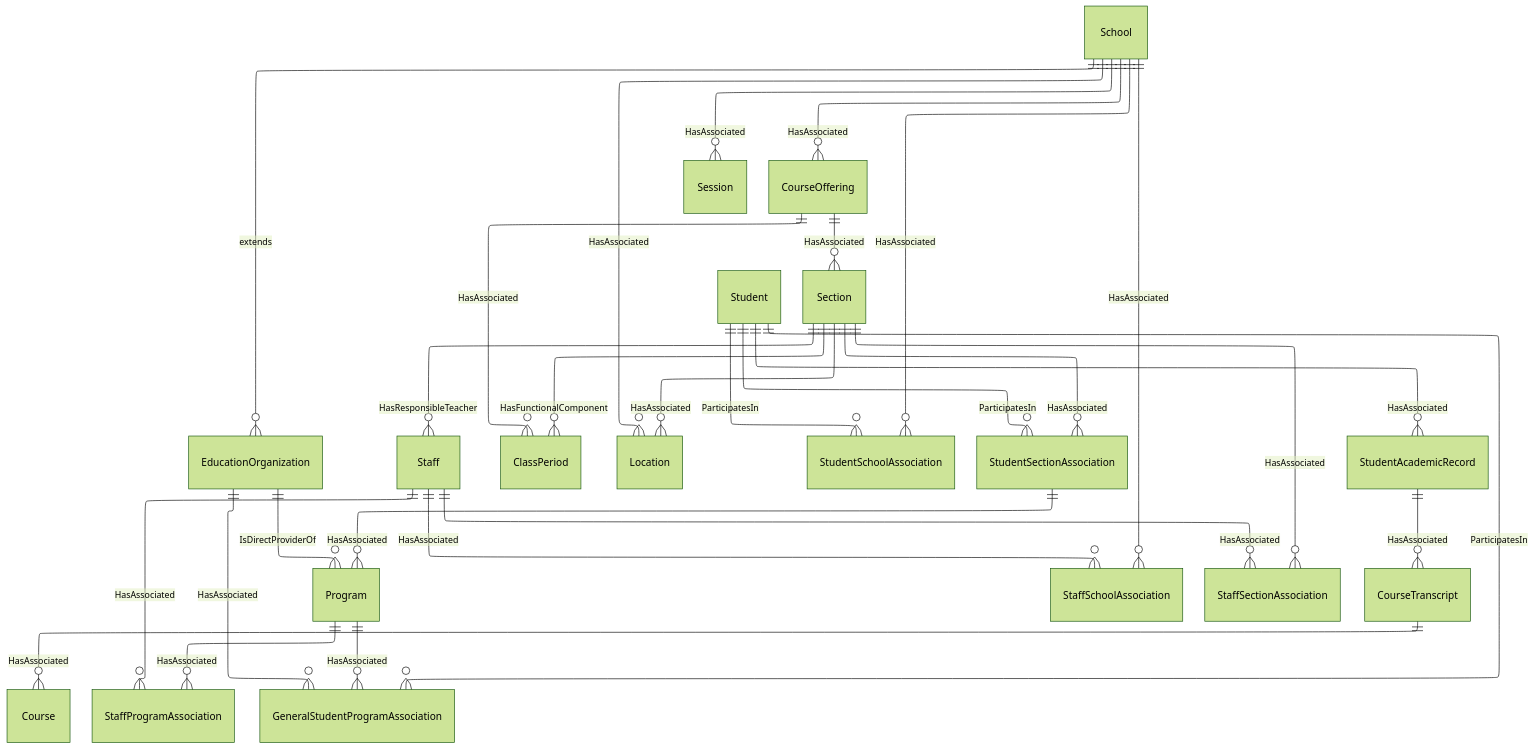
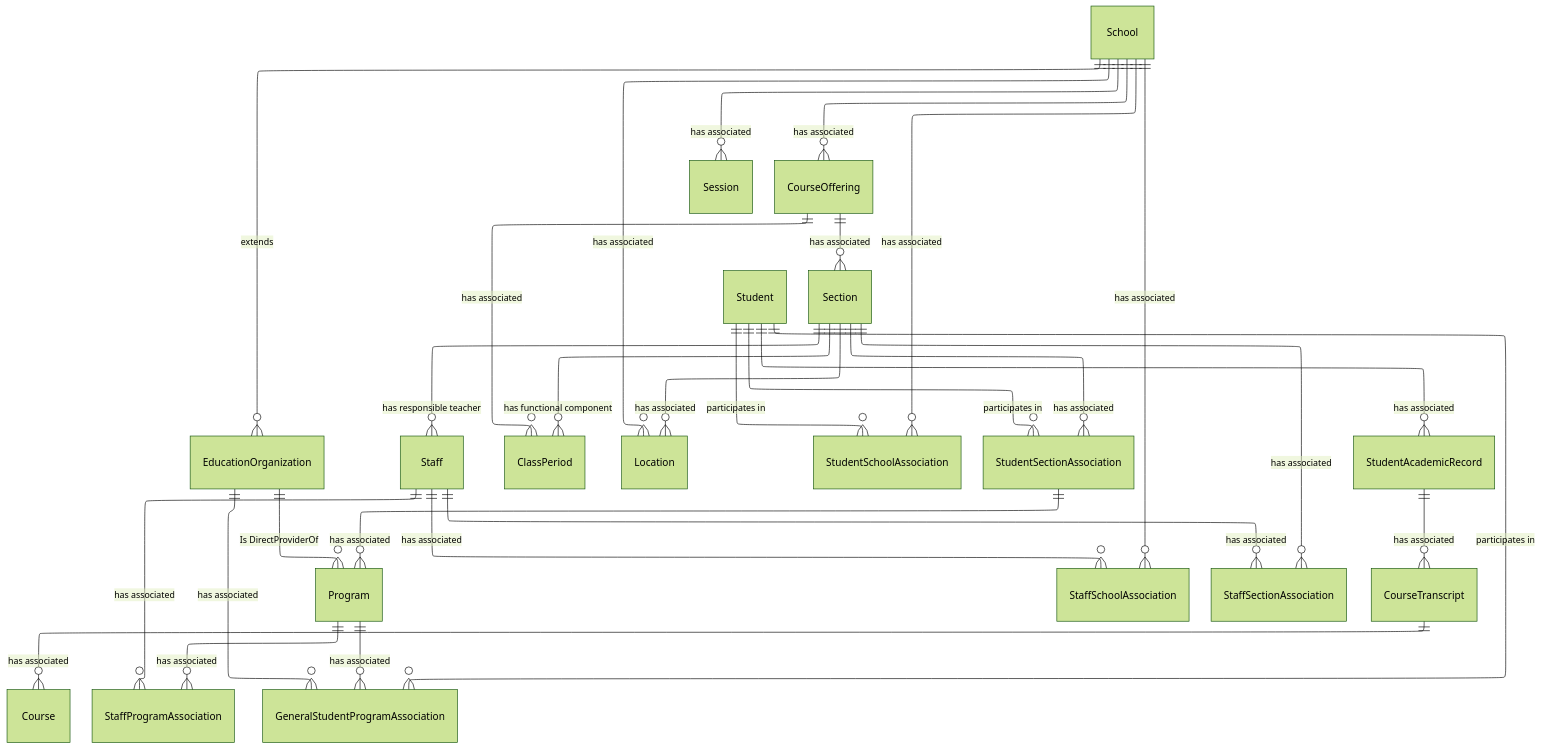
One commit to Ed-Fi-Alliance-OSS/ed-fi-alliance-oss.github.io changed the third of 3 diagrams in dataStandard_versioned_docs/version-6/model-reference/teaching-and-learning-domain/model-diagrams.md. Above: the diagram before and after it, drawn with Mermaid (forest theme). The commit also changed other lines of this file and 24 other files, not shown here.

````diff
--- a/dataStandard_versioned_docs/version-6/model-reference/teaching-and-learning-domain/model-diagrams.md
+++ b/dataStandard_versioned_docs/version-6/model-reference/teaching-and-learning-domain/model-diagrams.md
@@ -194,49 +188,30 @@
     }
 
     School ||--o{ EducationOrganization : "extends"
-    EducationOrganization ||--o{ Program : "IsDirectProviderOf"
-    EducationOrganization ||--o{ GeneralStudentProgramAssociation : "HasAssociated"
-    School ||--o{ Session : "HasAssociated"
-    School ||--o{ CourseOffering : "HasAssociated"
-    School ||--o{ StudentSchoolAssociation : "HasAssociated"
-    School ||--o{ StaffSchoolAssociation : "HasAssociated"
-    School ||--o{ Location : "HasAssociated"
-    Staff ||--o{ StaffSchoolAssociation : "HasAssociated"
-    Staff ||--o{ StaffSectionAssociation : "HasAssociated"
-    Staff ||--o{ StaffProgramAssociation : "HasAssociated"
-    Student ||--o{ StudentSchoolAssociation : "ParticipatesIn"
-    Student ||--o{ StudentSectionAssociation : "ParticipatesIn"
-    Student ||--o{ GeneralStudentProgramAssociation : "ParticipatesIn"
-    Student ||--o{ StudentAcademicRecord : "HasAssociated"
-    Program ||--o{ GeneralStudentProgramAssociation : "HasAssociated"
-    Program ||--o{ StaffProgramAssociation : "HasAssociated"
-    CourseOffering ||--o{ Section : "HasAssociated"
-    Section ||--o{ StudentSectionAssociation : "HasAssociated"
-    Section ||--o{ StaffSectionAssociation : "HasAssociated"
-    Section ||--o{ ClassPeriod : "HasFunctionalComponent"
-    Section ||--o{ Location : "HasAssociated"
-    Section ||--o{ Staff : "HasResponsibleTeacher"
-    CourseOffering ||--o{ ClassPeriod : "HasAssociated"
-    StudentSectionAssociation ||--o{ Program : "HasAssociated"
-    StudentAcademicRecord ||--o{ CourseTranscript : "HasAssociated"
-    CourseTranscript ||--o{ Course : "HasAssociated"
-    style EducationOrganization color:#000000
-    style School color:#000000
-    style Session color:#000000
-    style Student color:#000000
-    style Staff color:#000000
-    style Program color:#000000
-    style ClassPeriod color:#000000
-    style Location color:#000000
-    style Course color:#000000
-    style CourseOffering color:#000000
-    style Section color:#000000
-    style StudentSchoolAssociation color:#000000
-    style StaffSchoolAssociation color:#000000
-    style StaffProgramAssociation color:#000000
-    style GeneralStudentProgramAssociation color:#000000
-    style StudentSectionAssociation color:#000000
-    style StaffSectionAssociation color:#000000
-    style StudentAcademicRecord color:#000000
-    style CourseTranscript color:#000000
+    EducationOrganization ||--o{ Program : "Is DirectProviderOf"
+    EducationOrganization ||--o{ GeneralStudentProgramAssociation : "has associated"
+    School ||--o{ Session : "has associated"
+    School ||--o{ CourseOffering : "has associated"
+    School ||--o{ StudentSchoolAssociation : "has associated"
+    School ||--o{ StaffSchoolAssociation : "has associated"
+    School ||--o{ Location : "has associated"
+    Staff ||--o{ StaffSchoolAssociation : "has associated"
+    Staff ||--o{ StaffSectionAssociation : "has associated"
+    Staff ||--o{ StaffProgramAssociation : "has associated"
+    Student ||--o{ StudentSchoolAssociation : "participates in"
+    Student ||--o{ StudentSectionAssociation : "participates in"
+    Student ||--o{ GeneralStudentProgramAssociation : "participates in"
+    Student ||--o{ StudentAcademicRecord : "has associated"
+    Program ||--o{ GeneralStudentProgramAssociation : "has associated"
+    Program ||--o{ StaffProgramAssociation : "has associated"
+    CourseOffering ||--o{ Section : "has associated"
+    Section ||--o{ StudentSectionAssociation : "has associated"
+    Section ||--o{ StaffSectionAssociation : "has associated"
+    Section ||--o{ ClassPeriod : "has functional component"
+    Section ||--o{ Location : "has associated"
+    Section ||--o{ Staff : "has responsible teacher"
+    CourseOffering ||--o{ ClassPeriod : "has associated"
+    StudentSectionAssociation ||--o{ Program : "has associated"
+    StudentAcademicRecord ||--o{ CourseTranscript : "has associated"
+    CourseTranscript ||--o{ Course : "has associated"
 ```
````
